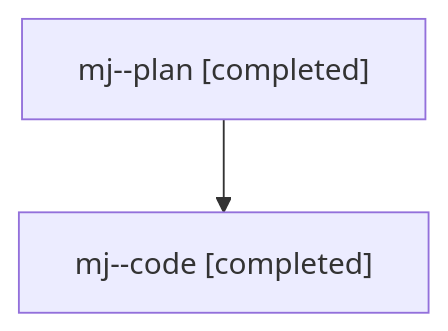
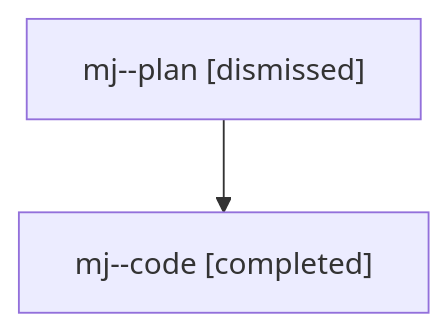
Before and after one commit to sase-org/sase--agents: the diagram in families/bbugyi200.athena.mj.md, drawn with Mermaid. The commit also changed other lines of this file and 8679 other files, not shown here.

````diff
--- a/families/bbugyi200.athena.mj.md
+++ b/families/bbugyi200.athena.mj.md
@@ -9,6 +9,6 @@
 ```mermaid
 flowchart TD
-  n0["mj--plan [completed]"]
+  n0["mj--plan [dismissed]"]
   n1["mj--code [completed]"]
   n0 --> n1
 ```
````
